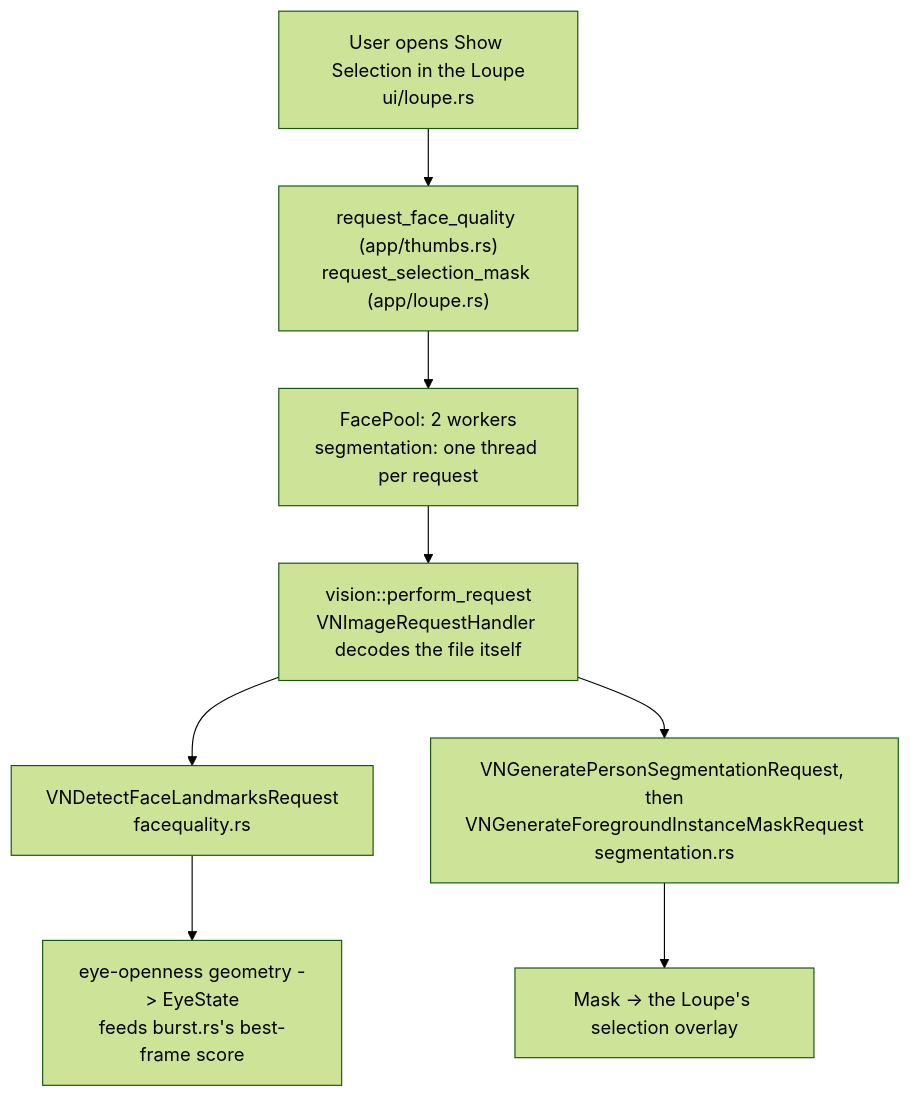
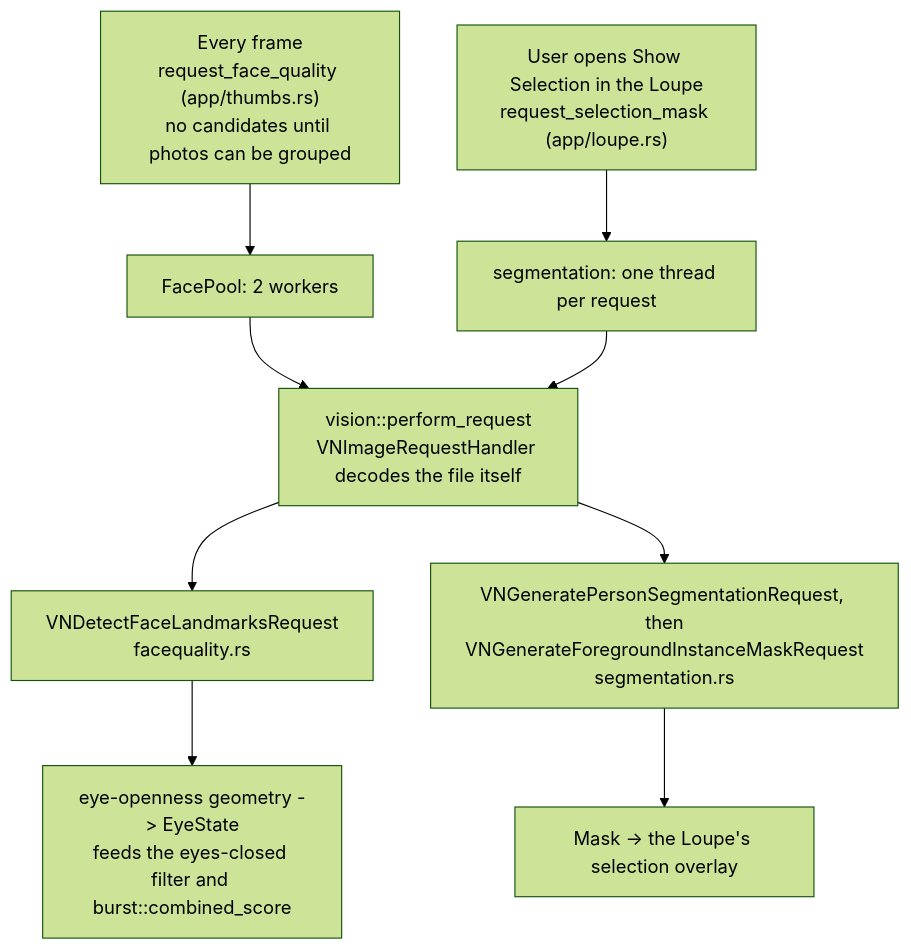
The fourth of 4 diagrams in ARCHITECTURE.md (andrewyao/lightphotos), drawn with Mermaid (forest theme) before and after one commit. The commit also changed 4 other files, not shown here.

````diff
--- a/ARCHITECTURE.md
+++ b/ARCHITECTURE.md
@@ -238,11 +238,13 @@
 ```mermaid
 flowchart TD
-    keys["User opens Show Selection in the Loupe\nui/loupe.rs"]
-    keys --> req["request_face_quality (app/thumbs.rs)\nrequest_selection_mask (app/loupe.rs)"]
-    req --> pools["FacePool: 2 workers\nsegmentation: one thread per request"]
-    pools --> vn["vision::perform_request\nVNImageRequestHandler decodes the file itself"]
+    frame["Every frame\nrequest_face_quality (app/thumbs.rs)\nno candidates until photos can be grouped"]
+    sel["User opens Show Selection in the Loupe\nrequest_selection_mask (app/loupe.rs)"]
+    frame --> fpool["FacePool: 2 workers"]
+    sel --> sthread["segmentation: one thread per request"]
+    fpool --> vn["vision::perform_request\nVNImageRequestHandler decodes the file itself"]
+    sthread --> vn
     vn --> fl["VNDetectFaceLandmarksRequest\nfacequality.rs"]
     vn --> sg["VNGeneratePersonSegmentationRequest, then\nVNGenerateForegroundInstanceMaskRequest\nsegmentation.rs"]
-    fl --> blink["eye-openness geometry -> EyeState\nfeeds burst.rs's best-frame score"]
+    fl --> blink["eye-openness geometry -> EyeState\nfeeds the eyes-closed filter and burst::combined_score"]
     sg --> mask["Mask -> the Loupe's selection overlay"]
 ```
````
